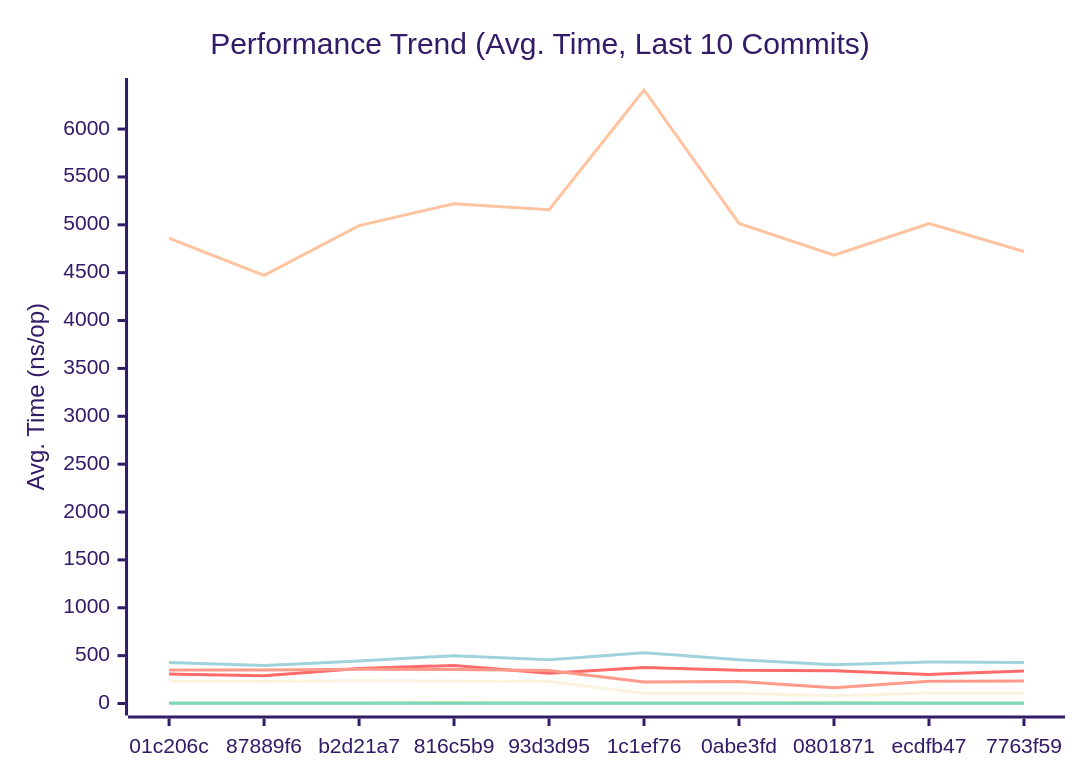
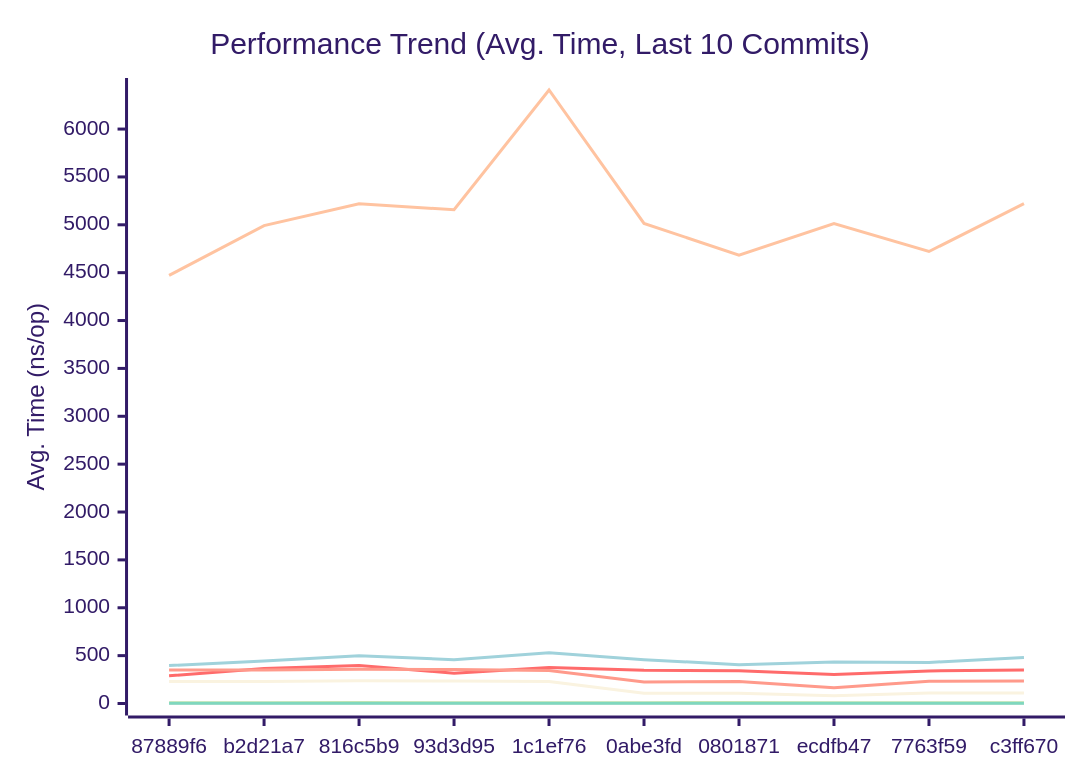
One commit to alsotoes/momo changed the first of 3 diagrams in docs/PERFORMANCE.md. Above: the diagram before and after it, drawn with Mermaid (forest theme). The commit also changed other lines of this file and 1 other file, not shown here.

````diff
--- a/docs/PERFORMANCE.md
+++ b/docs/PERFORMANCE.md
@@ -80,16 +80,16 @@
 ```mermaid
 xychart-beta
     title "Performance Trend (Avg. Time, Last 10 Commits)"
     x-axis "Commit"
     y-axis "Avg. Time (ns/op)"
-    x-axis [01c206c,87889f6,b2d21a7,816c5b9,93d3d95,1c1ef76,0abe3fd,0801871,ecdfb47,7763f59]
-    line "CheckMetricsAndSwap" [9,9,9,11,8,8,8,11,9,9]
-    line "CrushOptimized" [308,289,365,398,317,376,346,342,303,340]
-    line "CrushOriginal" [427,396,445,499,458,531,458,405,434,429]
-    line "IndexDirectTracking" [0,0,0,0,0,0,0,1,0,0]
+    x-axis [87889f6,b2d21a7,816c5b9,93d3d95,1c1ef76,0abe3fd,0801871,ecdfb47,7763f59,c3ff670]
+    line "CheckMetricsAndSwap" [9,9,11,8,8,8,11,9,9,8]
+    line "CrushOptimized" [289,365,398,317,376,346,342,303,340,351]
+    line "CrushOriginal" [396,445,499,458,531,458,405,434,429,480]
+    line "IndexDirectTracking" [0,0,0,0,0,0,1,0,0,0]
     line "IndexSearch" [2,2,2,2,2,2,2,2,2,2]
-    line "LoadGlobalConfig" [4860,4471,4992,5220,5157,6408,5015,4683,5014,4721]
+    line "LoadGlobalConfig" [4471,4992,5220,5157,6408,5015,4683,5014,4721,5222]
     line "PadString" [2,2,2,2,2,2,2,2,2,2]
     line "ParseReplicationOrder_NoPrealloc" [350,349,357,354,345,225,229,165,232,234]
     line "ParseReplicationOrder_Prealloc" [229,231,237,234,229,108,107,80,110,109]
 ```
````
